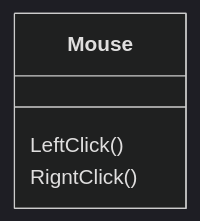
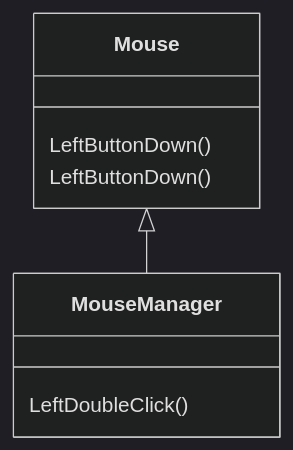
One commit to ojdev/ojdev.github.io changed the diagram in source/_posts/what-is-an-entity.md. Above: the diagram before and after it, drawn with Mermaid (dark theme).

````diff
--- a/source/_posts/what-is-an-entity.md
+++ b/source/_posts/what-is-an-entity.md
@@ -45,5 +45,7 @@
 ```mermaid
 classDiagram
-   Mouse : LeftClick()
-   Mouse : RigntClick()
+Mouse <|-- MouseManager 
+Mouse : LeftButtonDown()
+Mouse : LeftButtonDown()
+MouseManager : LeftDoubleClick()
 ```
````
